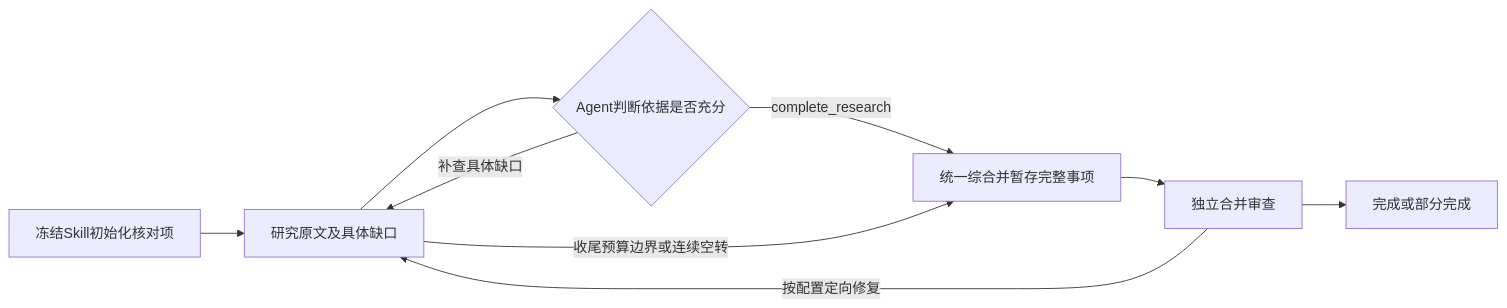
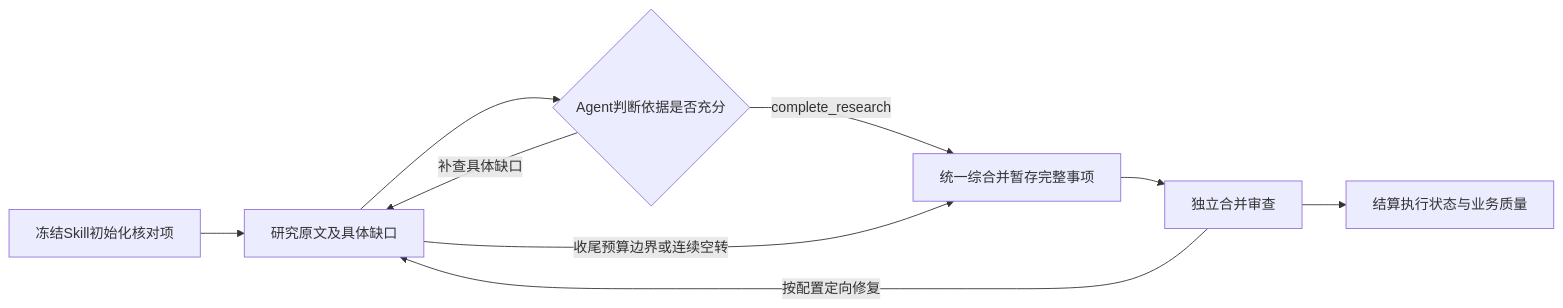
One commit to wph989/AI-tender changed the diagram in docs/工程/14-解析Skill与运行护栏.md. Above: the diagram before and after it, drawn with Mermaid. The commit also changed other lines of this file and 66 other files, not shown here.

````diff
--- a/docs/工程/14-解析Skill与运行护栏.md
+++ b/docs/工程/14-解析Skill与运行护栏.md
@@ -11,11 +21,11 @@
 ```mermaid
 flowchart LR
     A[冻结Skill初始化核对项] --> B[研究原文及具体缺口]
     B --> C{Agent判断依据是否充分}
     C -->|补查具体缺口| B
     C -->|complete_research| D[统一综合并暂存完整事项]
     B -->|收尾预算边界或连续空转| D
     D --> E[独立合并审查]
     E -->|按配置定向修复| B
-    E --> F[完成或部分完成]
+    E --> F[结算执行状态与业务质量]
 ```
````
